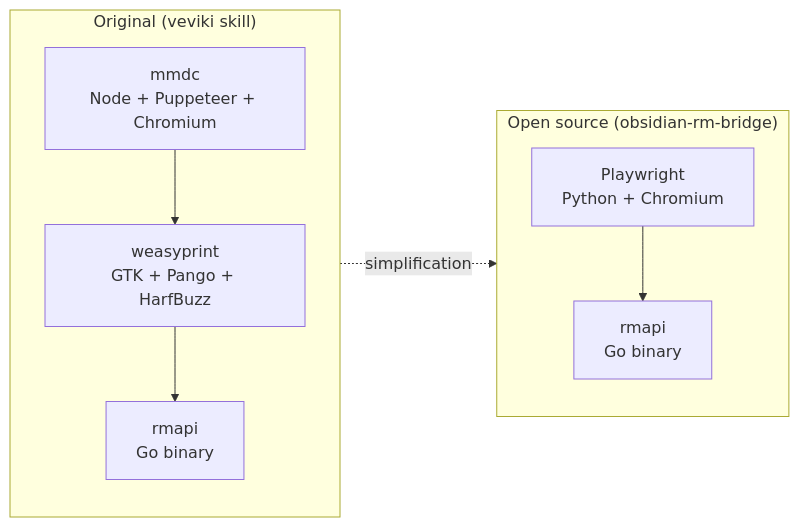
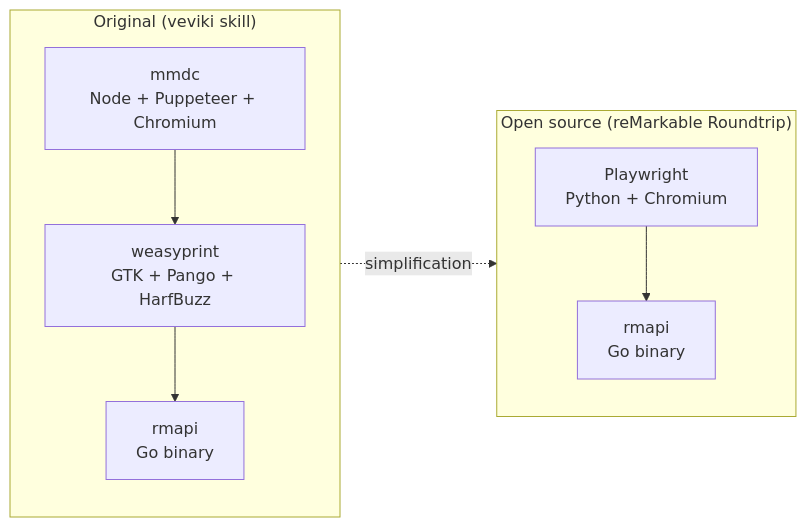
Before and after one commit to vevmesteren/obsidian-rm-bridge: the fourth of 4 diagrams in docs/ARCHITECTURE.md, drawn with Mermaid. The commit also changed other lines of this file and 22 other files, not shown here.

````diff
--- a/docs/ARCHITECTURE.md
+++ b/docs/ARCHITECTURE.md
@@ -162,17 +162,17 @@
 ```mermaid
 graph LR
     subgraph Before["Original (veviki skill)"]
         B1["mmdc<br/>Node + Puppeteer + Chromium"]
         B2["weasyprint<br/>GTK + Pango + HarfBuzz"]
         B3["rmapi<br/>Go binary"]
         B1 --> B2 --> B3
     end
 
-    subgraph After["Open source (obsidian-rm-bridge)"]
+    subgraph After["Open source (reMarkable Roundtrip)"]
         A1["Playwright<br/>Python + Chromium"]
         A2["rmapi<br/>Go binary"]
         A1 --> A2
     end
 
     Before -.->|"simplification"| After
 ```
````
